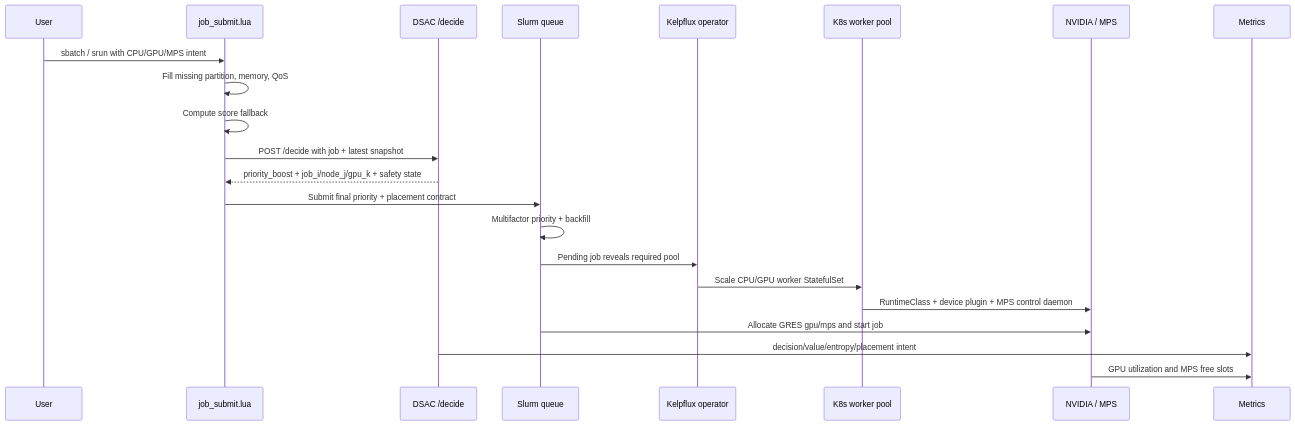
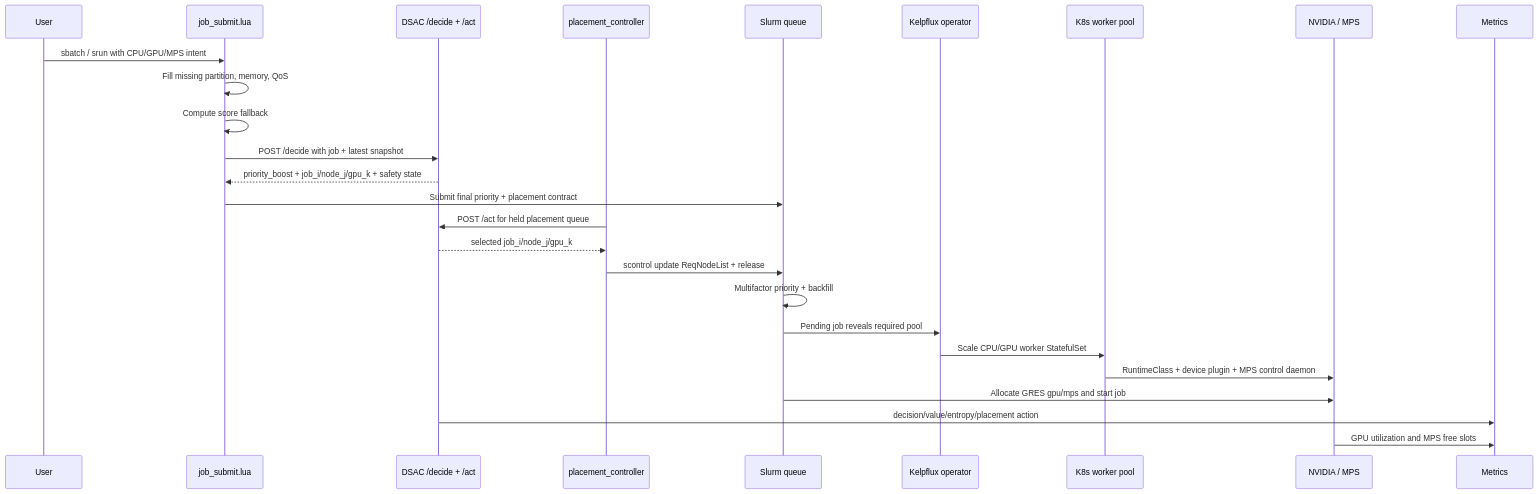
Before and after one commit to SoWiEee/Kelpflux: the third of 3 diagrams in docs/scheduler.md, drawn with Mermaid. The commit also changed other lines of this file, not shown here.

Commit message:
docs: update scheduler hard placement spec

````diff
--- a/docs/scheduler.md
+++ b/docs/scheduler.md
@@ -160,25 +167,29 @@
 ```mermaid
 sequenceDiagram
     participant U as User
     participant L as job_submit.lua
-    participant R as DSAC /decide
+    participant R as DSAC /decide + /act
+    participant P as placement_controller
     participant S as Slurm queue
     participant O as Kelpflux operator
     participant K as K8s worker pool
     participant G as NVIDIA / MPS
     participant M as Metrics
 
     U->>L: sbatch / srun with CPU/GPU/MPS intent
     L->>L: Fill missing partition, memory, QoS
     L->>L: Compute score fallback
     L->>R: POST /decide with job + latest snapshot
     R-->>L: priority_boost + job_i/node_j/gpu_k + safety state
     L->>S: Submit final priority + placement contract
+    P->>R: POST /act for held placement queue
+    R-->>P: selected job_i/node_j/gpu_k
+    P->>S: scontrol update ReqNodeList + release
     S->>S: Multifactor priority + backfill
     S->>O: Pending job reveals required pool
     O->>K: Scale CPU/GPU worker StatefulSet
     K->>G: RuntimeClass + device plugin + MPS control daemon
     S->>G: Allocate GRES gpu/mps and start job
-    R->>M: decision/value/entropy/placement intent
+    R->>M: decision/value/entropy/placement action
     G->>M: GPU utilization and MPS free slots
 ```
````
